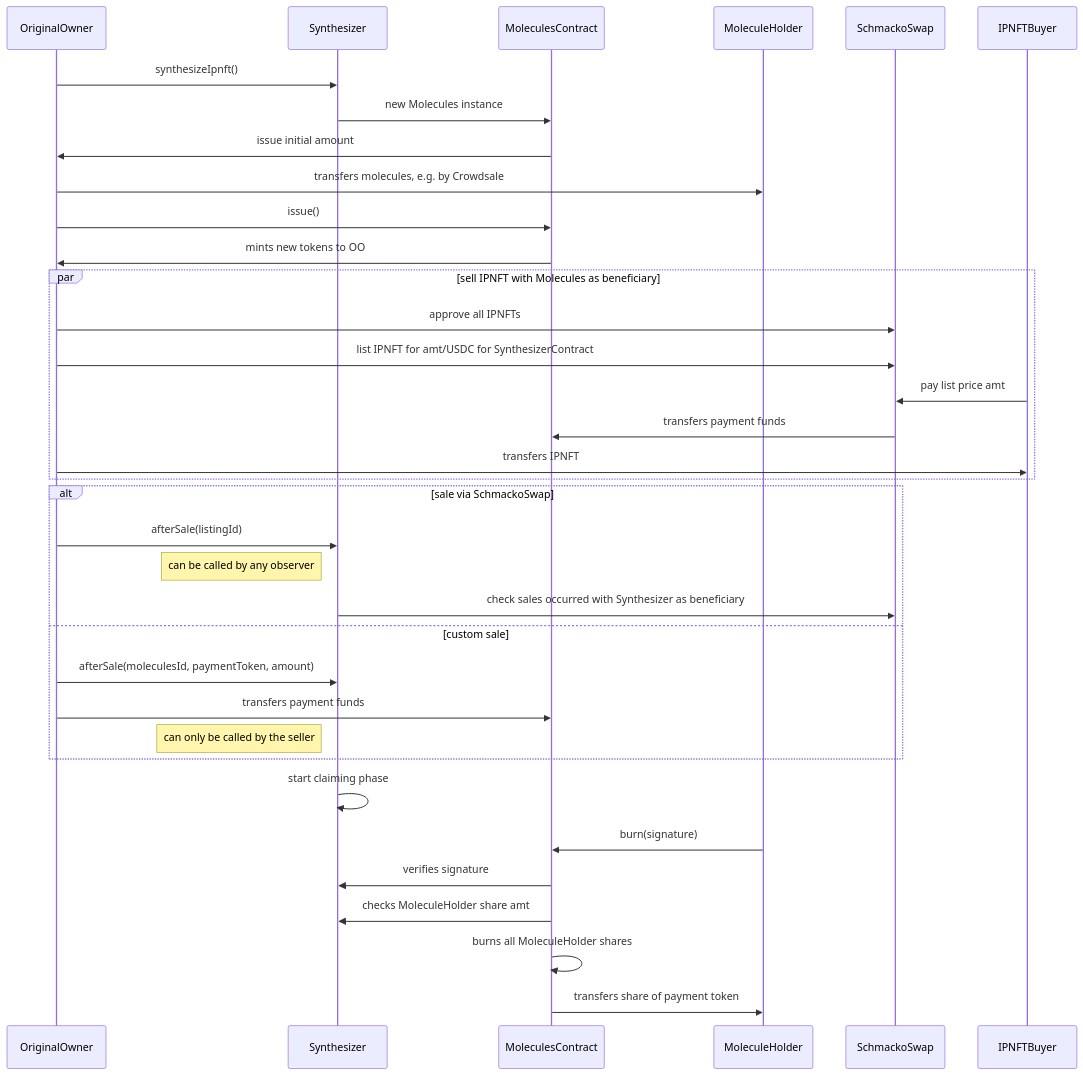
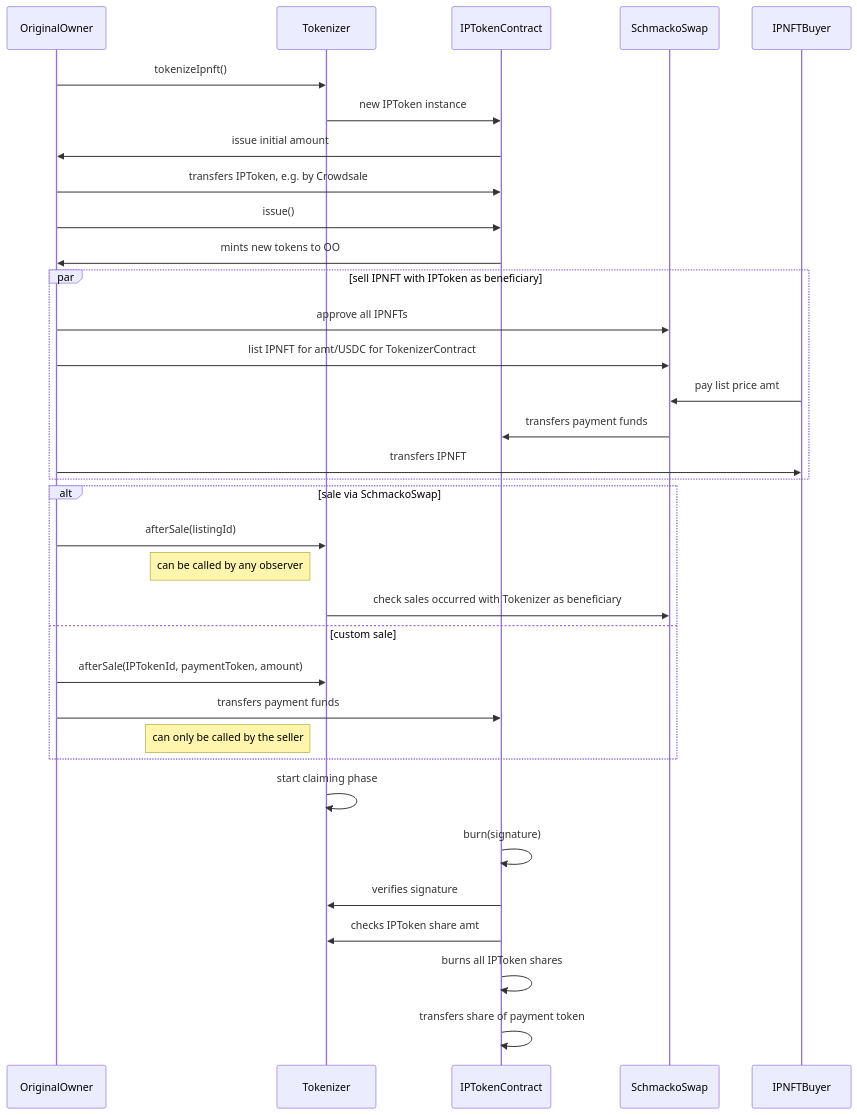
The diagram in SEQUENCE.md (moleculeprotocol/IPNFT), drawn with Mermaid before and after one commit. The commit also changed 16 other files, not shown here.

Commit message:
gas reports & coverage renames testing symbols updates sequence diagram

````diff
--- a/SEQUENCE.md
+++ b/SEQUENCE.md
@@ -1,46 +1,46 @@
 ```mermaid
 sequenceDiagram
     participant OO as OriginalOwner
-    participant Synthesizer
-    participant Molecules as MoleculesContract
-    participant MoleculeHolder
+    participant Tokenizer
+    participant IPToken as IPTokenContract
+    participant IPToken
     participant SOS as SchmackoSwap
     participant Buyer as IPNFTBuyer
 
-    OO->>Synthesizer: synthesizeIpnft()
-    Synthesizer->>Molecules: new Molecules instance
-    Molecules->>OO: issue initial amount
+    OO->>Tokenizer: tokenizeIpnft()
+    Tokenizer->>IPToken: new IPToken instance
+    IPToken->>OO: issue initial amount
 
-    OO->>MoleculeHolder: transfers molecules, e.g. by Crowdsale
+    OO->>IPToken: transfers IPToken, e.g. by Crowdsale
 
-    OO->>Molecules: issue()
-    Molecules->>OO: mints new tokens to OO
+    OO->>IPToken: issue()
+    IPToken->>OO: mints new tokens to OO
 
-    par sell IPNFT with Molecules as beneficiary
+    par sell IPNFT with IPToken as beneficiary
         OO->>SOS: approve all IPNFTs
-        OO->>SOS: list IPNFT for amt/USDC for SynthesizerContract
+        OO->>SOS: list IPNFT for amt/USDC for TokenizerContract
         Buyer->>SOS: pay list price amt
-        SOS->>Molecules: transfers payment funds
+        SOS->>IPToken: transfers payment funds
         OO->>Buyer: transfers IPNFT
     end
 
     alt sale via SchmackoSwap
-        OO->>Synthesizer: afterSale(listingId)
-        Note left of Synthesizer: can be called by any observer
-        Synthesizer->>SOS: check sales occurred with  Synthesizer as beneficiary
+        OO->>Tokenizer: afterSale(listingId)
+        Note left of Tokenizer: can be called by any observer
+        Tokenizer->>SOS: check sales occurred with  Tokenizer as beneficiary
     else custom sale
-        OO->>Synthesizer: afterSale(moleculesId, paymentToken, amount)
-        OO->>Molecules: transfers payment funds
-        Note left of Synthesizer: can only be called by the seller
+        OO->>Tokenizer: afterSale(IPTokenId, paymentToken, amount)
+        OO->>IPToken: transfers payment funds
+        Note left of Tokenizer: can only be called by the seller
     end
 
-    Synthesizer->>Synthesizer: start claiming phase
+    Tokenizer->>Tokenizer: start claiming phase
 
-    MoleculeHolder->>Molecules: burn(signature)
-    Molecules->>Synthesizer: verifies signature
-    Molecules->>Synthesizer: checks MoleculeHolder share amt
-    Molecules->>Molecules: burns all MoleculeHolder shares
-    Molecules->>MoleculeHolder: transfers share of payment token
+    IPToken->>IPToken: burn(signature)
+    IPToken->>Tokenizer: verifies signature
+    IPToken->>Tokenizer: checks IPToken share amt
+    IPToken->>IPToken: burns all IPToken shares
+    IPToken->>IPToken: transfers share of payment token
 
 
 ```
````
